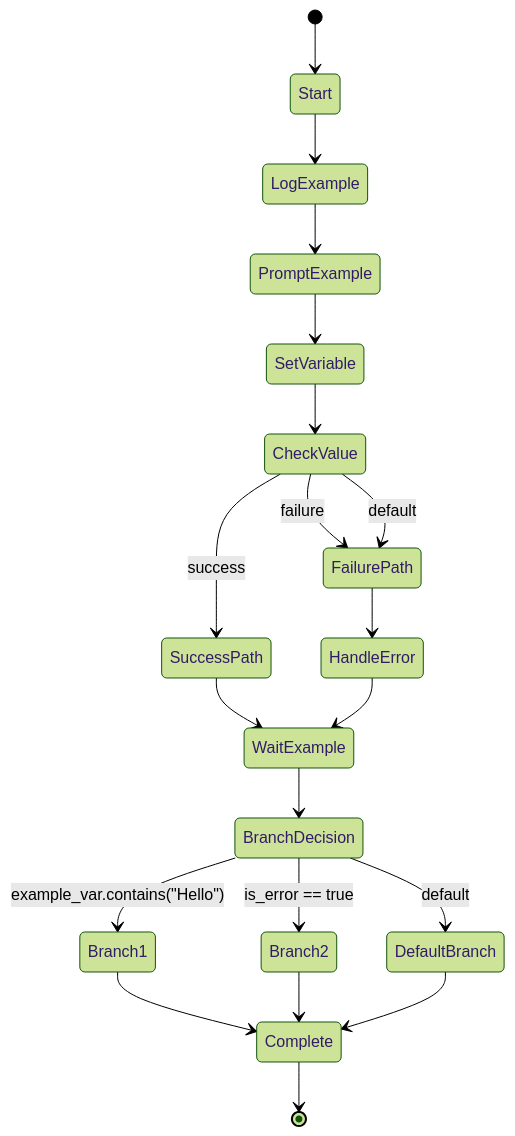
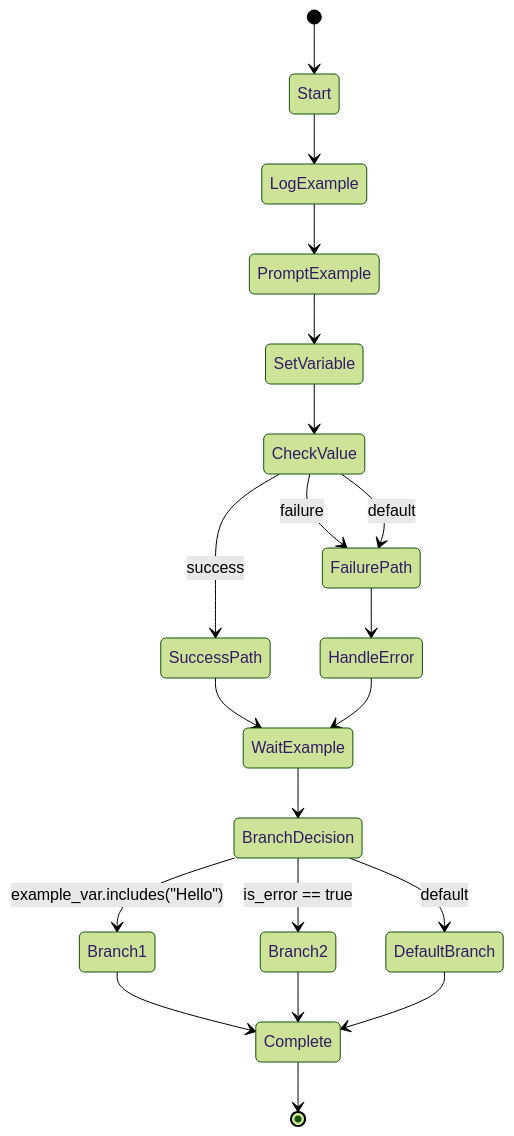
The diagram in builtin/workflows/example-actions.md (swissarmyhammer/swissarmyhammer), drawn with Mermaid (forest theme) before and after one commit. The commit also changed other lines of this file and 51 other files, not shown here.

````diff
--- a/builtin/workflows/example-actions.md
+++ b/builtin/workflows/example-actions.md
@@ -16,22 +16,22 @@
 ```mermaid
 stateDiagram-v2
     [*] --> Start
     Start --> LogExample
     LogExample --> PromptExample
     PromptExample --> SetVariable
     SetVariable --> CheckValue
     CheckValue --> SuccessPath: success
     CheckValue --> FailurePath: failure
     CheckValue --> FailurePath: default
     SuccessPath --> WaitExample
     FailurePath --> HandleError
     HandleError --> WaitExample
     WaitExample --> BranchDecision
-    BranchDecision --> Branch1: example_var.contains("Hello")
+    BranchDecision --> Branch1: example_var.includes("Hello")
     BranchDecision --> Branch2: is_error == true
     BranchDecision --> DefaultBranch: default
     Branch1 --> Complete
     Branch2 --> Complete
     DefaultBranch --> Complete
     Complete --> [*]
 ```
````
